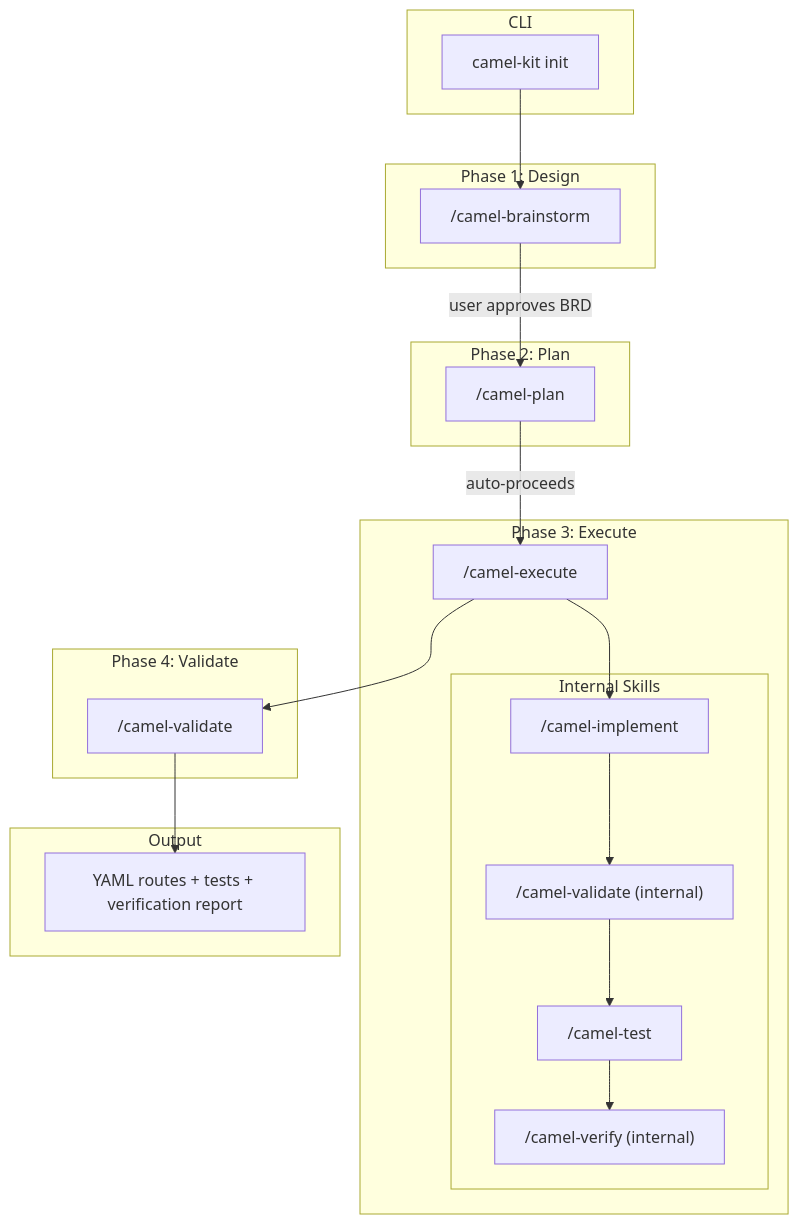
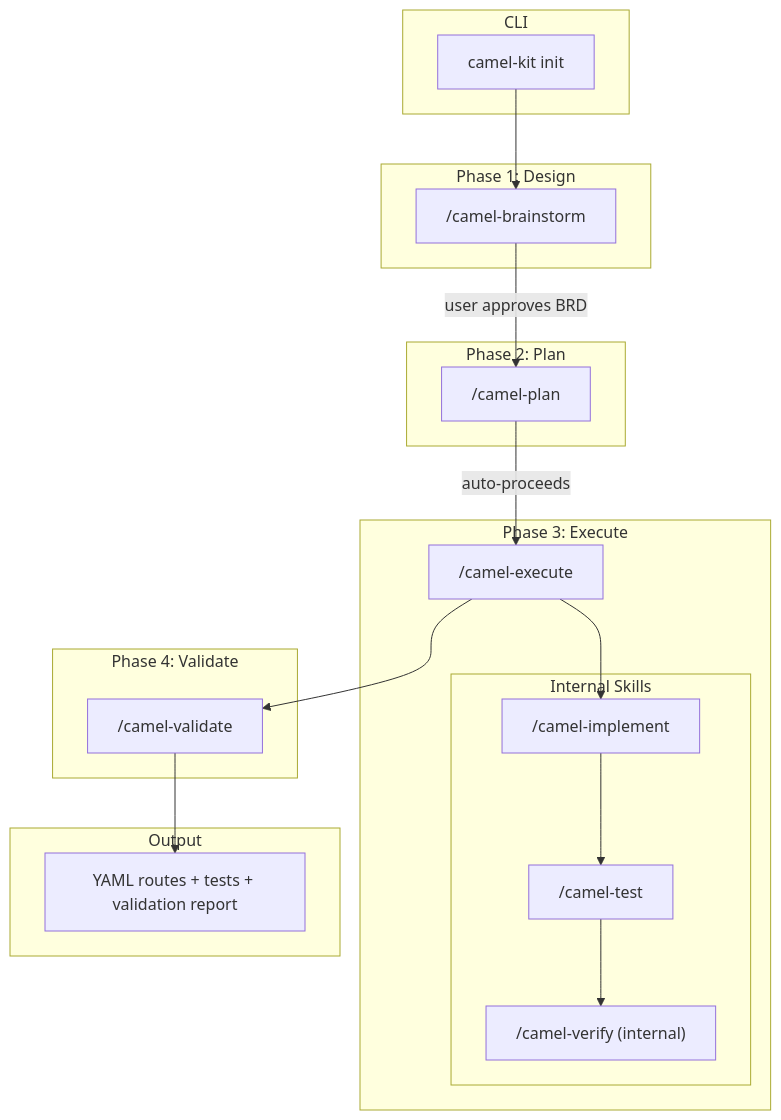
One commit to luigidemasi/camel-kit changed the third of 3 diagrams in docs/user-guide.md. Above: the diagram before and after it, drawn with Mermaid. The commit also changed other lines of this file and 2 other files, not shown here.

Commit message:
fix #63: address review feedback
Fix contradictions in docs introduced by subagent edits:
- Remove validate from execute dispatch list (it's a separate Stage 3)
- Remove duplicate /camel-validate (internal) from Mermaid diagram
- Update user_invocable references to include camel-validate
- Remove "Step 3.5" internal numbering from commands.md

````diff
--- a/docs/user-guide.md
+++ b/docs/user-guide.md
@@ -204,34 +204,33 @@
 ```mermaid
 flowchart TB
     subgraph CLI
         A["camel-kit init"]
     end
     subgraph "Phase 1: Design"
         B["/camel-brainstorm"]
     end
     subgraph "Phase 2: Plan"
         C["/camel-plan"]
     end
     subgraph "Phase 3: Execute"
         D["/camel-execute"]
         subgraph "Internal Skills"
             I["/camel-implement"]
-            V2["/camel-validate (internal)"]
             T["/camel-test"]
             R["/camel-verify (internal)"]
         end
     end
     subgraph "Phase 4: Validate"
         VF["/camel-validate"]
     end
     subgraph Output
-        E["YAML routes + tests + verification report"]
+        E["YAML routes + tests + validation report"]
     end
 
     A --> B
     B -->|"user approves BRD"| C
     C -->|"auto-proceeds"| D
-    D --> I --> V2 --> T --> R
+    D --> I --> T --> R
     D --> VF
     VF --> E
 ```
````
